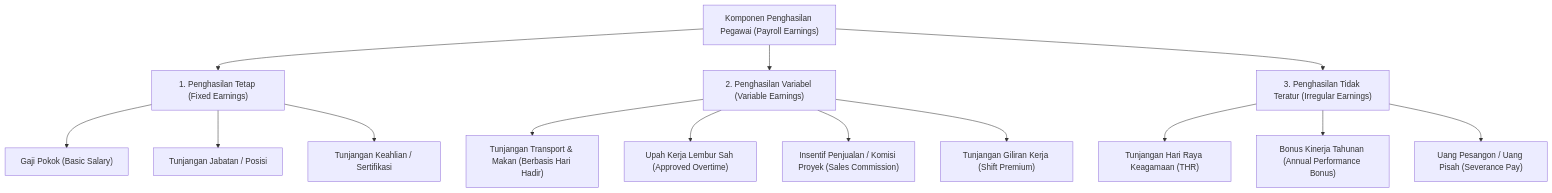
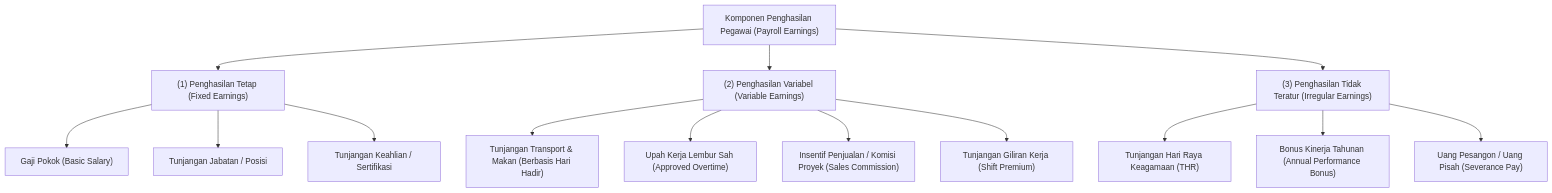
The first of 3 diagrams in content/10-hr/payroll-earnings-and-deductions.md (alimurrofid/erp-notes), drawn with Mermaid before and after one commit. The commit also changed other lines of this file and 132 other files, not shown here.

````diff
--- a/content/10-hr/payroll-earnings-and-deductions.md
+++ b/content/10-hr/payroll-earnings-and-deductions.md
@@ -27,20 +27,20 @@
 ```mermaid
 flowchart TD
     EARN["Komponen Penghasilan Pegawai (Payroll Earnings)"]
     
-    EARN --> FIXED["1. Penghasilan Tetap (Fixed Earnings)"]
+    EARN --> FIXED["(1) Penghasilan Tetap (Fixed Earnings)"]
     FIXED --> F1["Gaji Pokok (Basic Salary)"]
     FIXED --> F2["Tunjangan Jabatan / Posisi"]
     FIXED --> F3["Tunjangan Keahlian / Sertifikasi"]
     
-    EARN --> VAR["2. Penghasilan Variabel (Variable Earnings)"]
+    EARN --> VAR["(2) Penghasilan Variabel (Variable Earnings)"]
     VAR --> V1["Tunjangan Transport & Makan (Berbasis Hari Hadir)"]
     VAR --> V2["Upah Kerja Lembur Sah (Approved Overtime)"]
     VAR --> V3["Insentif Penjualan / Komisi Proyek (Sales Commission)"]
     VAR --> V4["Tunjangan Giliran Kerja (Shift Premium)"]
     
-    EARN --> IRREG["3. Penghasilan Tidak Teratur (Irregular Earnings)"]
+    EARN --> IRREG["(3) Penghasilan Tidak Teratur (Irregular Earnings)"]
     IRREG --> I1["Tunjangan Hari Raya Keagamaan (THR)"]
     IRREG --> I2["Bonus Kinerja Tahunan (Annual Performance Bonus)"]
     IRREG --> I3["Uang Pesangon / Uang Pisah (Severance Pay)"]
 ```
````
